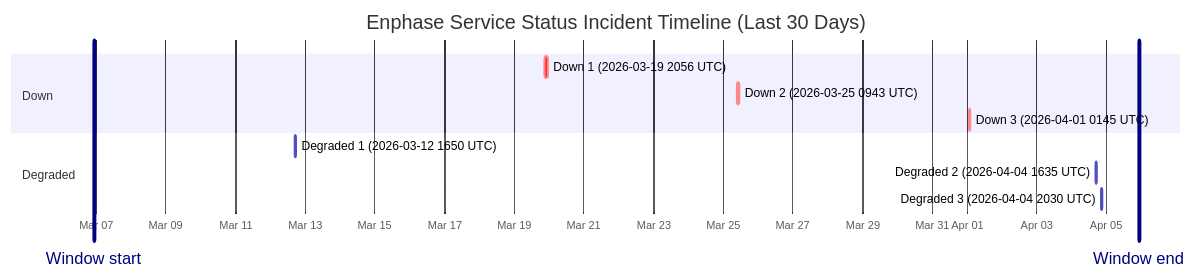
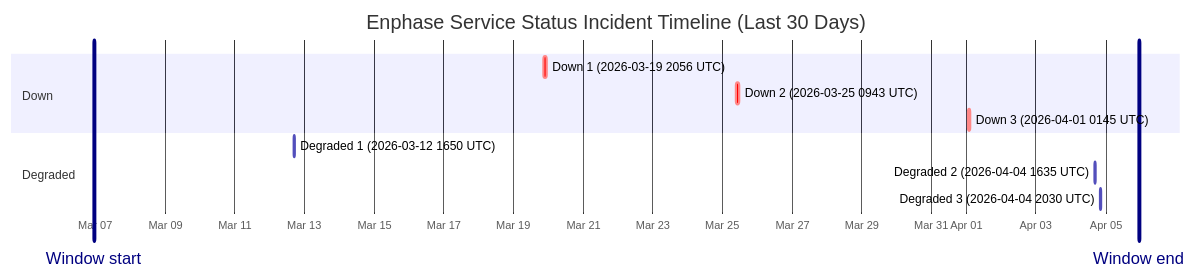
One commit to barneyonline/ha-enphase-ev-charger changed the diagram in wiki/Service-Status-History.md. Above: the diagram before and after it, drawn with Mermaid. The commit also changed other lines of this file and 3 other files, not shown here.

````diff
--- a/wiki/Service-Status-History.md
+++ b/wiki/Service-Status-History.md
@@ -14,16 +14,16 @@
 ```mermaid
 gantt
     title Enphase Service Status Incident Timeline (Last 30 Days)
     dateFormat  YYYY-MM-DDTHH:mm:ss
     axisFormat  %b %d
-    Window start :vert, window-start, 2026-03-06T22:29:54, 0ms
-    Window end :vert, window-end, 2026-04-05T22:29:54, 0ms
+    Window start :vert, window-start, 2026-03-06T23:01:35, 0ms
+    Window end :vert, window-end, 2026-04-05T23:01:35, 0ms
     section Down
     Down 1 (2026-03-19 2056 UTC) :crit, down-1, 2026-03-19T20:56:20, 145m
     Down 2 (2026-03-25 0943 UTC) :crit, down-2, 2026-03-25T09:43:28, 111m
     Down 3 (2026-04-01 0145 UTC) :crit, down-3, 2026-04-01T01:45:09, 60m
     section Degraded
     Degraded 1 (2026-03-12 1650 UTC) :active, degraded-1, 2026-03-12T16:50:43, 60m
     Degraded 2 (2026-04-04 1635 UTC) :active, degraded-2, 2026-04-04T16:35:17, 60m
     Degraded 3 (2026-04-04 2030 UTC) :active, degraded-3, 2026-04-04T20:30:40, 60m
 ```
````
